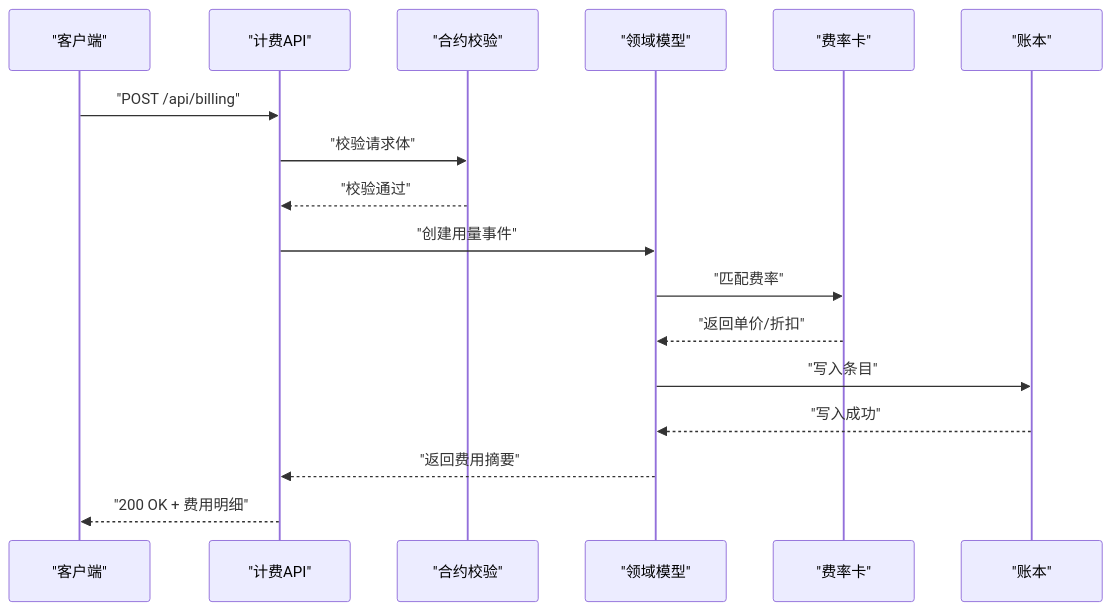
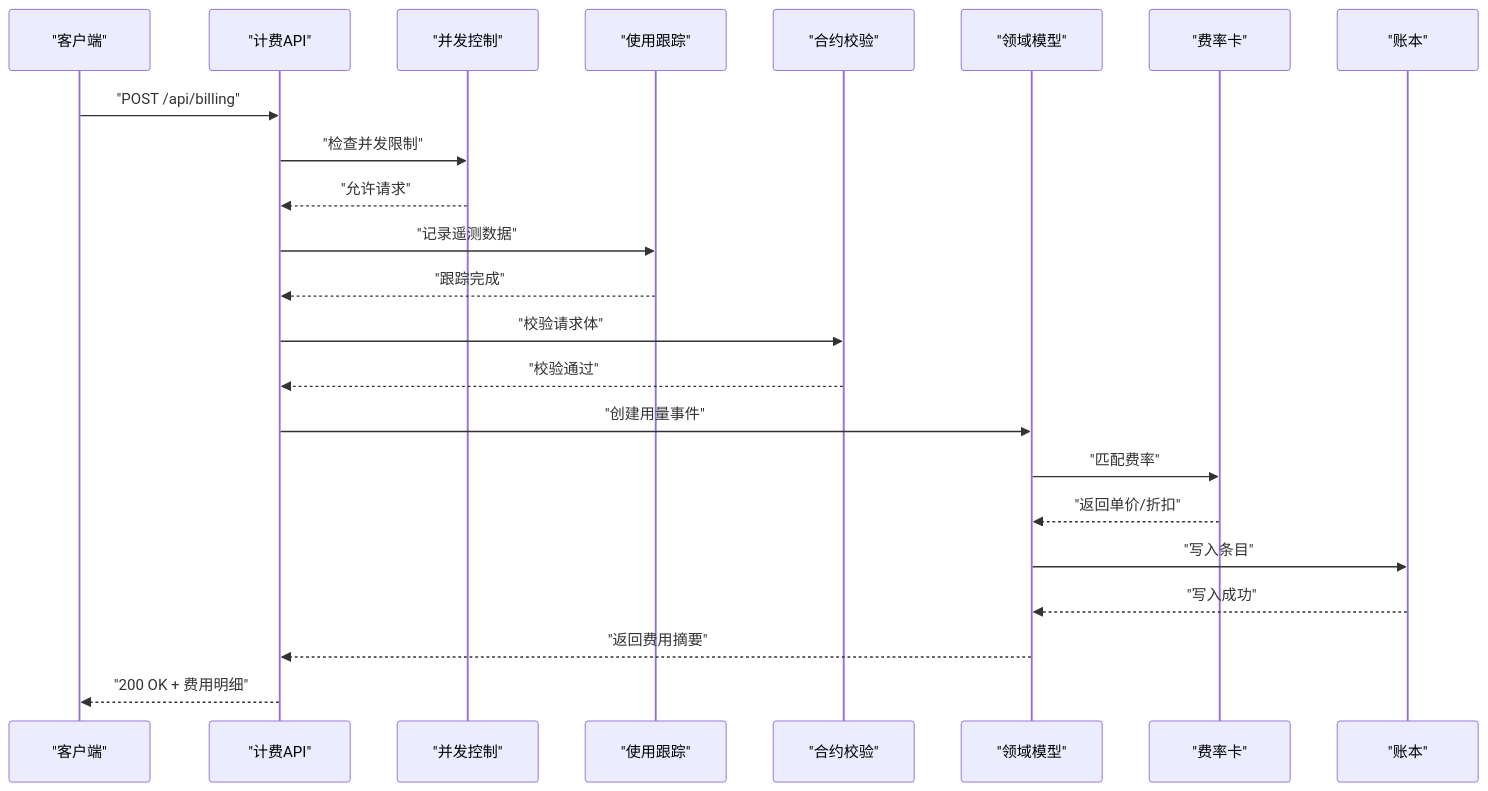
The third of 5 diagrams in .qoder/repowiki/zh/content/数据库设计/数据库计费模式设计.md (scottcwy/PurpleInk), drawn with Mermaid before and after one commit. The commit also changed other lines of this file and 23 other files, not shown here.

````diff
--- a/.qoder/repowiki/zh/content/数据库设计/数据库计费模式设计.md
+++ b/.qoder/repowiki/zh/content/数据库设计/数据库计费模式设计.md
@@ -204,19 +259,25 @@
 ```mermaid
 sequenceDiagram
 participant Client as "客户端"
 participant API as "计费API"
+participant Concurrency as "并发控制"
+participant Tracking as "使用跟踪"
 participant Contracts as "合约校验"
 participant Domain as "领域模型"
 participant RateCard as "费率卡"
 participant Ledger as "账本"
 Client->>API : "POST /api/billing"
+API->>Concurrency : "检查并发限制"
+Concurrency-->>API : "允许请求"
+API->>Tracking : "记录遥测数据"
+Tracking-->>API : "跟踪完成"
 API->>Contracts : "校验请求体"
 Contracts-->>API : "校验通过"
 API->>Domain : "创建用量事件"
 Domain->>RateCard : "匹配费率"
 RateCard-->>Domain : "返回单价/折扣"
 Domain->>Ledger : "写入条目"
 Ledger-->>Domain : "写入成功"
 Domain-->>API : "返回费用摘要"
 API-->>Client : "200 OK + 费用明细"
 ```
````
